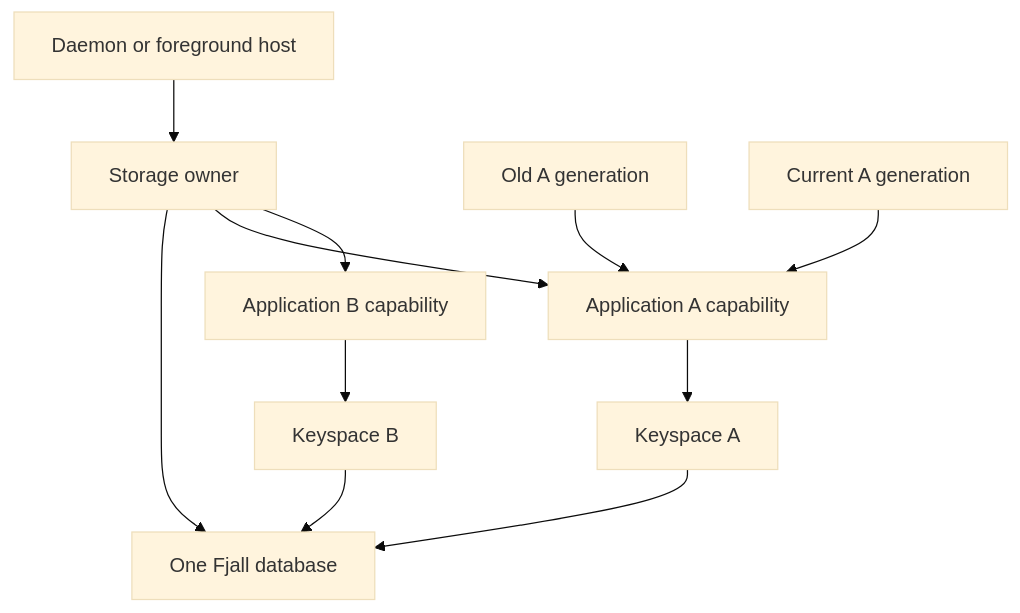
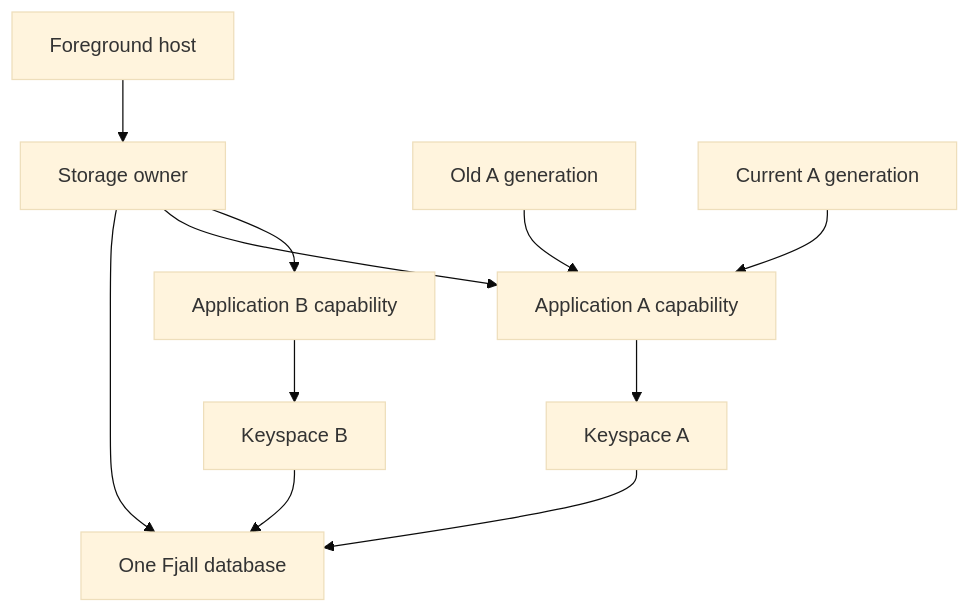
The second of 2 diagrams in ARCHITECTURE.md (benjamin-wright/wasm-runner), drawn with Mermaid (base theme) before and after one commit. The commit also changed other lines of this file and 48 other files, not shown here.

````diff
--- a/ARCHITECTURE.md
+++ b/ARCHITECTURE.md
@@ -349,13 +337,13 @@
 ```mermaid
 flowchart TD
-    Host[Daemon or foreground host] --> Storage[Storage owner]
+    Host[Foreground host] --> Storage[Storage owner]
     Storage --> DB[One Fjall database]
     Storage --> A[Application A capability]
     Storage --> B[Application B capability]
     A --> KA[Keyspace A]
     B --> KB[Keyspace B]
     KA --> DB
     KB --> DB
     Old[Old A generation] --> A
     New[Current A generation] --> A
 ```
````
